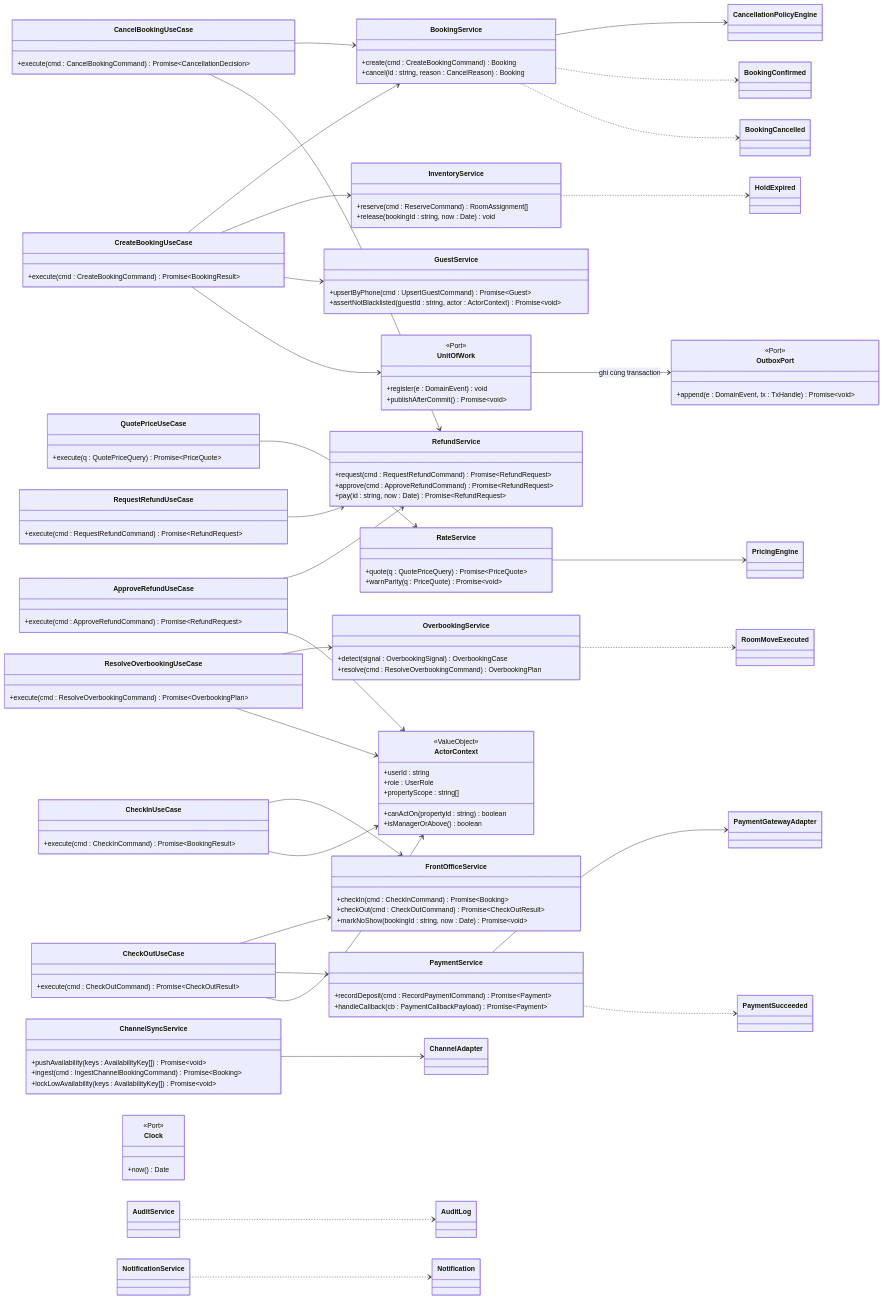
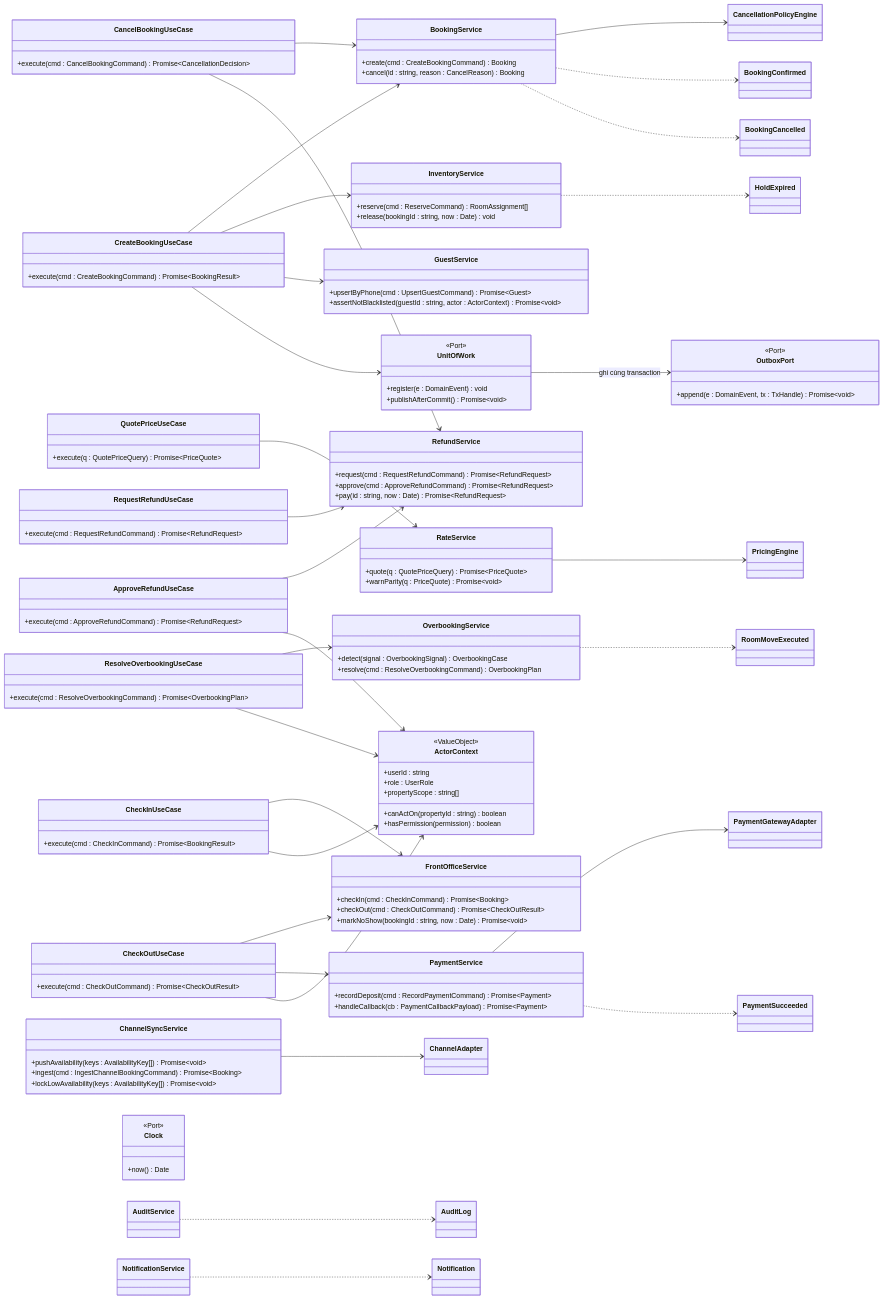
One commit to minhtuluc/HotelBuild changed the fourth of 9 diagrams in docs/04-thiet-ke/thiet-ke-lop.md. Above: the diagram before and after it, drawn with Mermaid. The commit also changed other lines of this file and 45 other files, not shown here.

```diff
--- a/docs/04-thiet-ke/thiet-ke-lop.md
+++ b/docs/04-thiet-ke/thiet-ke-lop.md
@@ -498,7 +498,7 @@
         +role : UserRole
         +propertyScope : string[]
         +canActOn(propertyId : string) boolean
-        +isManagerOrAbove() boolean
+        +hasPermission(permission) boolean
     }
     class UnitOfWork {
         <<Port>>
```
